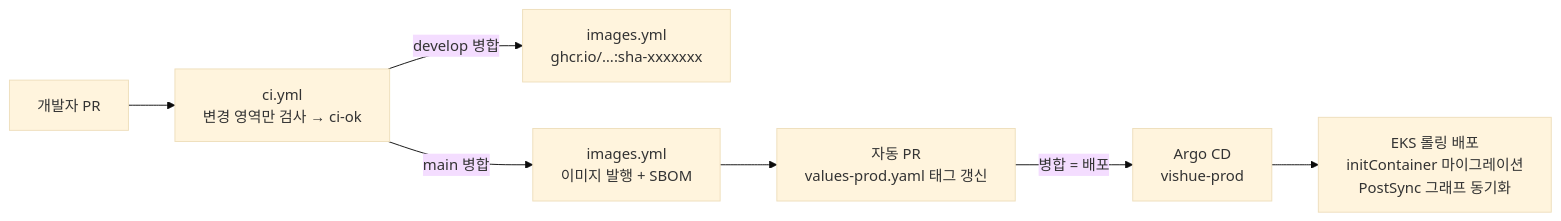
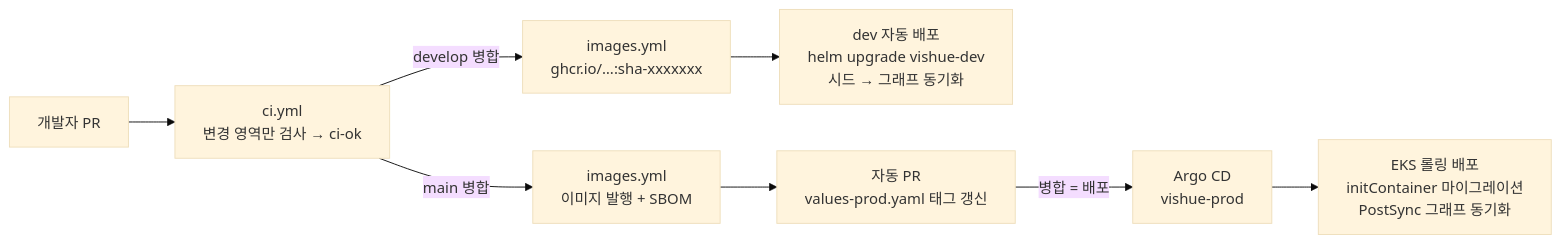
Before and after one commit to gyuniverse-hq/SKN34-Final-Project: the diagram in docs/DEPLOYMENT.md, drawn with Mermaid (base theme). The commit also changed other lines of this file and 7 other files, not shown here.

````diff
--- a/docs/DEPLOYMENT.md
+++ b/docs/DEPLOYMENT.md
@@ -11,9 +14,10 @@
 ```mermaid
 flowchart LR
   Dev["개발자 PR"] --> CI["ci.yml<br/>변경 영역만 검사 → ci-ok"]
   CI -->|develop 병합| Img1["images.yml<br/>ghcr.io/…:sha-xxxxxxx"]
+  Img1 --> DevEnv["dev 자동 배포<br/>helm upgrade vishue-dev<br/>시드 → 그래프 동기화"]
   CI -->|main 병합| Img2["images.yml<br/>이미지 발행 + SBOM"]
   Img2 --> Bump["자동 PR<br/>values-prod.yaml 태그 갱신"]
   Bump -->|병합 = 배포| Argo["Argo CD<br/>vishue-prod"]
   Argo --> EKS["EKS 롤링 배포<br/>initContainer 마이그레이션<br/>PostSync 그래프 동기화"]
 ```
````
